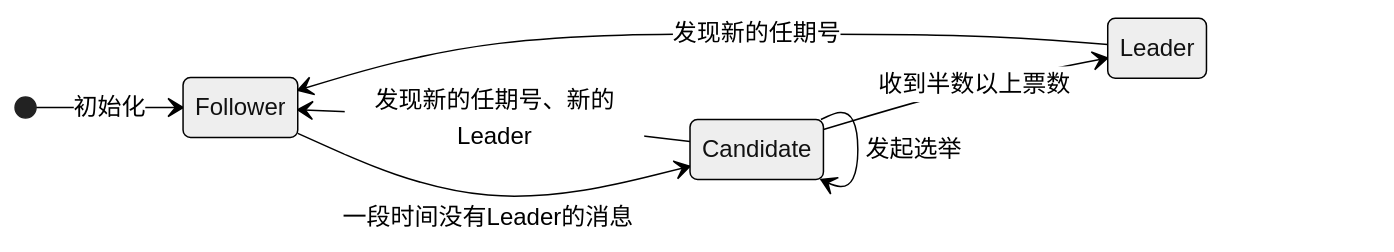
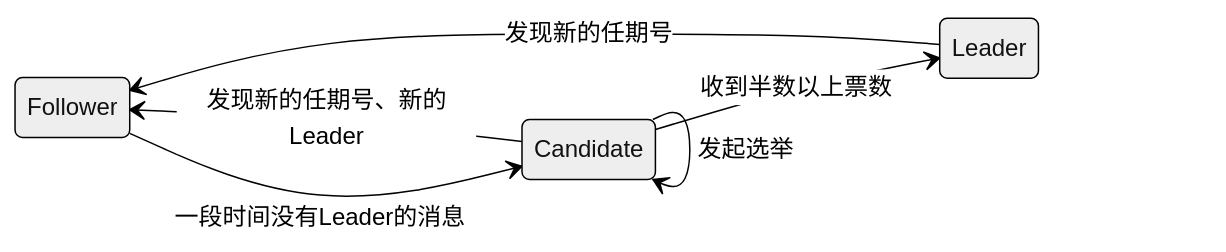
One commit to 0xcaffebabe/note changed the fourth of 4 diagrams in doc/软件工程/架构/系统设计/分布式/分布式共识算法.md. Above: the diagram before and after it, drawn with Mermaid (neutral theme). The commit also changed other lines of this file and 12 other files, not shown here.

````diff
--- a/doc/软件工程/架构/系统设计/分布式/分布式共识算法.md
+++ b/doc/软件工程/架构/系统设计/分布式/分布式共识算法.md
@@ -176,10 +178,9 @@
 ```mermaid
 stateDiagram-v2
   direction LR
-  [*] --> Follower: 初始化
   Follower --> Candidate: 一段时间没有Leader的消息
   Candidate --> Candidate: 发起选举
   Candidate --> Follower: 发现新的任期号、新的Leader
   Candidate --> Leader: 收到半数以上票数
   Leader --> Follower: 发现新的任期号
 ```
````
